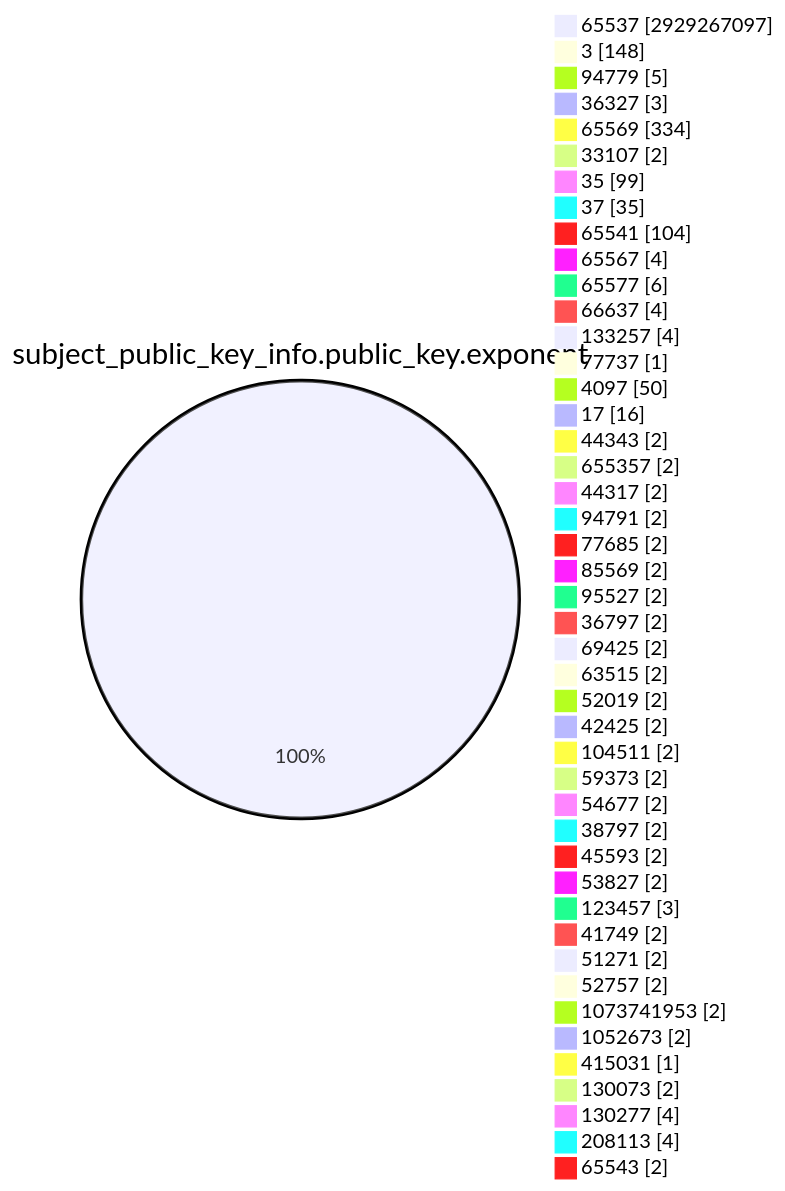
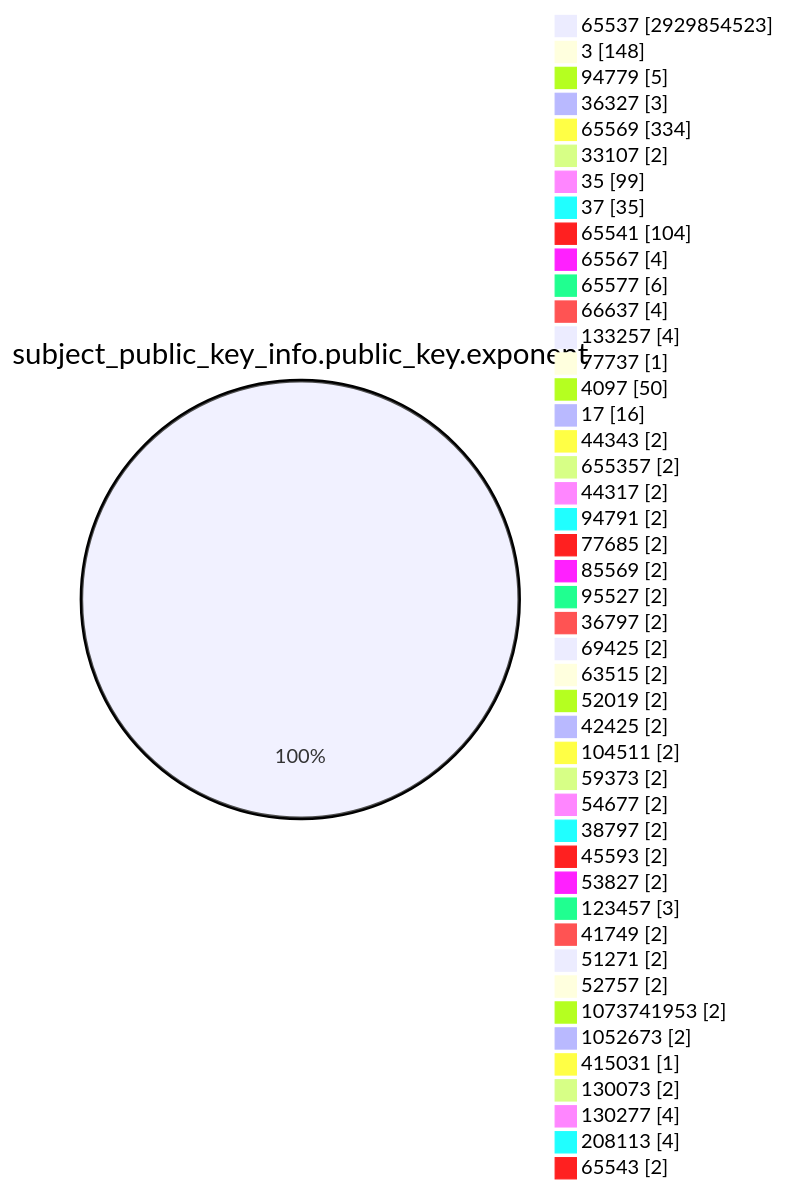
One commit to christiankrug/ctmonitor_visualization changed the fourth of 15 diagrams in TOTAL/README.md. Above: the diagram before and after it, drawn with Mermaid. The commit also changed other lines of this file, not shown here.

````diff
--- a/TOTAL/README.md
+++ b/TOTAL/README.md
@@ -1469,49 +1470,49 @@
 ```mermaid
 pie showData
 title subject_public_key_info.public_key.exponent
-"65537" :2929267097
+"65537" :2929854523
 "3" :148
 "94779" :5
 "36327" :3
 "65569" :334
 "33107" :2
 "35" :99
 "37" :35
 "65541" :104
 "65567" :4
 "65577" :6
 "66637" :4
 "133257" :4
 "77737" :1
 "4097" :50
 "17" :16
 "44343" :2
 "655357" :2
 "44317" :2
 "94791" :2
 "77685" :2
 "85569" :2
 "95527" :2
 "36797" :2
 "69425" :2
 "63515" :2
 "52019" :2
 "42425" :2
 "104511" :2
 "59373" :2
 "54677" :2
 "38797" :2
 "45593" :2
 "53827" :2
 "123457" :3
 "41749" :2
 "51271" :2
 "52757" :2
 "1073741953" :2
 "1052673" :2
 "415031" :1
 "130073" :2
 "130277" :4
 "208113" :4
 "65543" :2
 ```
````
